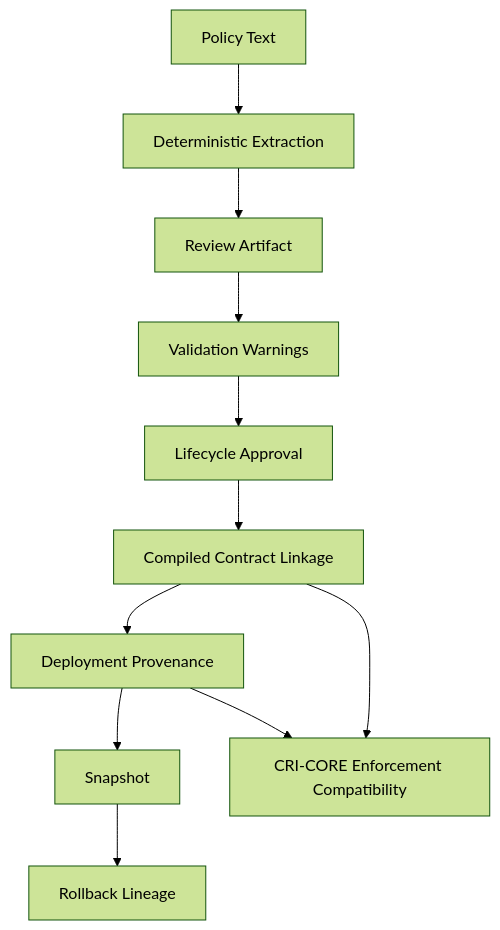
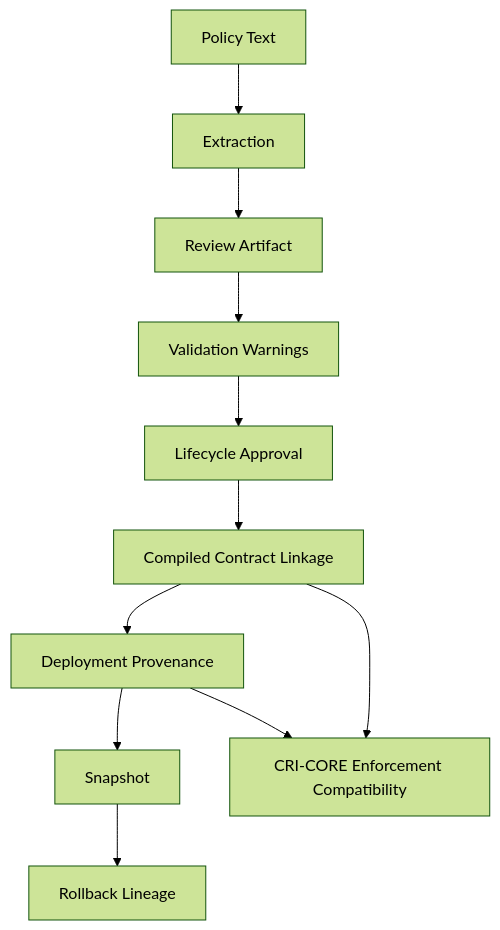
Before and after one commit to Waveframe-Labs/Governance-Ledger: the first of 2 diagrams in README.md, drawn with Mermaid (forest theme). The commit also changed other lines of this file, not shown here.

````diff
--- a/README.md
+++ b/README.md
@@ -133,13 +165,13 @@
 ```mermaid
 flowchart TD
-    A["Policy Text"] --> B["Deterministic Extraction"]
+    A["Policy Text"] --> B["Extraction"]
     B --> C["Review Artifact"]
     C --> D["Validation Warnings"]
     D --> E["Lifecycle Approval"]
     E --> F["Compiled Contract Linkage"]
     F --> G["Deployment Provenance"]
     G --> H["Snapshot"]
     H --> I["Rollback Lineage"]
     F --> J["CRI-CORE Enforcement Compatibility"]
     G --> J
 ```
````
